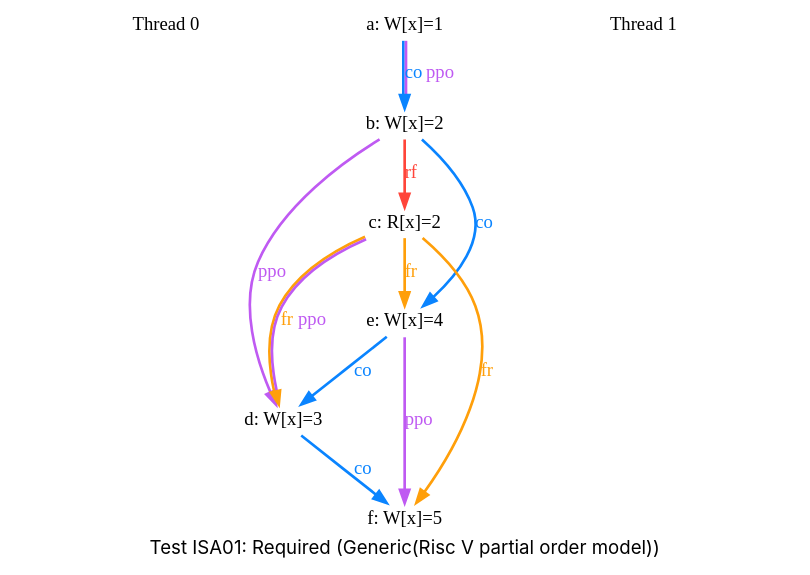
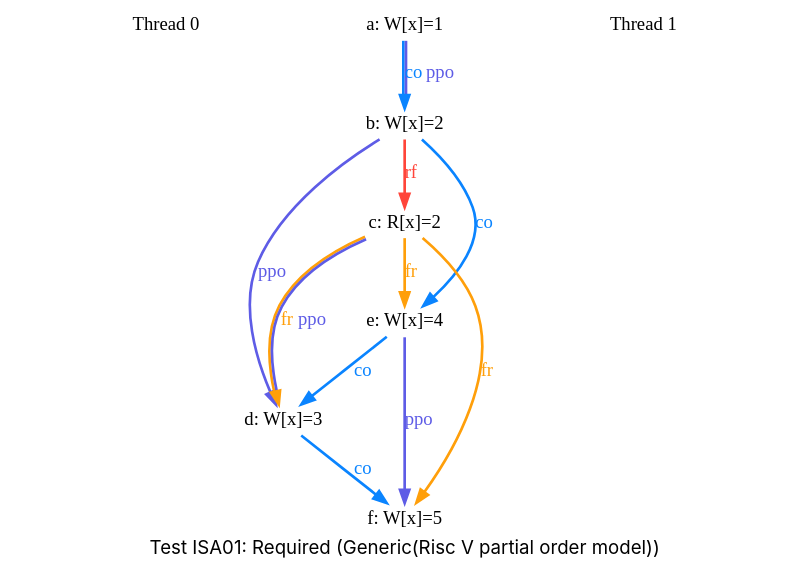
Before and after one commit to jiangshengdev/rcore: the diagram in docs/example/_assets/images/dark/ISA01/graph_07.dot, drawn with Graphviz. The commit also changed 104 other files, not shown here.

```diff
--- a/docs/example/_assets/images/dark/ISA01/graph_07.dot
+++ b/docs/example/_assets/images/dark/ISA01/graph_07.dot
@@ -1,42 +1,42 @@
 digraph G {
 
 splines=spline;
 pad="0.000000";
 fontname="SF Pro Display";
 
 /* legend */
 fontsize=14;
 label="Test ISA01: Required (Generic(Risc V partial order model))";
 
 
 /* the unlocked events */
 proc0_label_node [shape=none, fontsize=14, label="Thread 0", pos="1.000000,4.050000!", fixedsize=true, width=3.250000, height=0.281250]
 eiid0 [label="a: W[x]=1", shape="none", fontsize=14, pos="1.000000,3.375000!", fixedsize="false", height="0.194444", width="1.166667"];
 eiid1 [label="b: W[x]=2", shape="none", fontsize=14, pos="1.000000,2.250000!", fixedsize="false", height="0.194444", width="1.166667"];
 eiid2 [label="c: R[x]=2", shape="none", fontsize=14, pos="1.000000,1.125000!", fixedsize="false", height="0.194444", width="1.166667"];
 eiid3 [label="d: W[x]=3", shape="none", fontsize=14, pos="1.000000,0.000000!", fixedsize="false", height="0.194444", width="1.166667"];
 proc1_label_node [shape=none, fontsize=14, label="Thread 1", pos="6.000000,4.050000!", fixedsize=true, width=3.250000, height=0.281250]
 eiid4 [label="e: W[x]=4", shape="none", fontsize=14, pos="6.000000,3.375000!", fixedsize="false", height="0.194444", width="1.166667"];
 eiid5 [label="f: W[x]=5", shape="none", fontsize=14, pos="6.000000,2.250000!", fixedsize="false", height="0.194444", width="1.166667"];
 
 /* the intra_causality_data edges */
 
 
 /* the intra_causality_control edges */
 
 /* the poi edges */
 /* the rfmap edges */
 
 
 /* The viewed-before edges */
-eiid0 -> eiid1 [label=<<font color="#0A84FF">co</font><font color="#BF5AF2">ppo</font>>, color="#0A84FF:#BF5AF2", fontsize=14, penwidth="2.000000", arrowsize="1.000000"];
+eiid0 -> eiid1 [label=<<font color="#0A84FF">co</font><font color="#5E5CE6">ppo</font>>, color="#0A84FF:#5E5CE6", fontsize=14, penwidth="2.000000", arrowsize="1.000000"];
 eiid1 -> eiid2 [label=<<font color="#FF453A">rf</font>>, color="#FF453A", fontsize=14, penwidth="2.000000", arrowsize="1.000000"];
-eiid1 -> eiid3 [label=<<font color="#BF5AF2">ppo</font>>, color="#BF5AF2", fontsize=14, penwidth="2.000000", arrowsize="1.000000"];
+eiid1 -> eiid3 [label=<<font color="#5E5CE6">ppo</font>>, color="#5E5CE6", fontsize=14, penwidth="2.000000", arrowsize="1.000000"];
 eiid1 -> eiid4 [label=<<font color="#0A84FF">co</font>>, color="#0A84FF", fontsize=14, penwidth="2.000000", arrowsize="1.000000"];
-eiid2 -> eiid3 [label=<<font color="#FF9F0A">fr</font><font color="#BF5AF2">ppo</font>>, color="#FF9F0A:#BF5AF2", fontsize=14, penwidth="2.000000", arrowsize="1.000000"];
+eiid2 -> eiid3 [label=<<font color="#FF9F0A">fr</font><font color="#5E5CE6">ppo</font>>, color="#FF9F0A:#5E5CE6", fontsize=14, penwidth="2.000000", arrowsize="1.000000"];
 eiid2 -> eiid4 [label=<<font color="#FF9F0A">fr</font>>, color="#FF9F0A", fontsize=14, penwidth="2.000000", arrowsize="1.000000"];
 eiid2 -> eiid5 [label=<<font color="#FF9F0A">fr</font>>, color="#FF9F0A", fontsize=14, penwidth="2.000000", arrowsize="1.000000"];
 eiid3 -> eiid5 [label=<<font color="#0A84FF">co</font>>, color="#0A84FF", fontsize=14, penwidth="2.000000", arrowsize="1.000000"];
 eiid4 -> eiid3 [label=<<font color="#0A84FF">co</font>>, color="#0A84FF", fontsize=14, penwidth="2.000000", arrowsize="1.000000"];
-eiid4 -> eiid5 [label=<<font color="#BF5AF2">ppo</font>>, color="#BF5AF2", fontsize=14, penwidth="2.000000", arrowsize="1.000000"];
+eiid4 -> eiid5 [label=<<font color="#5E5CE6">ppo</font>>, color="#5E5CE6", fontsize=14, penwidth="2.000000", arrowsize="1.000000"];
 }
```
